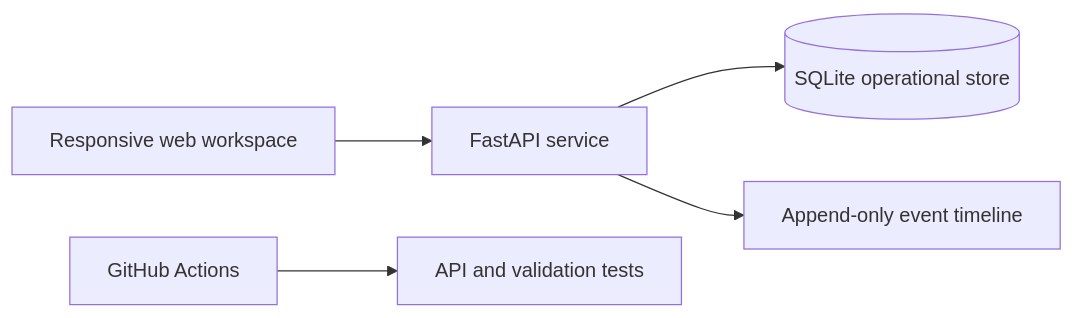
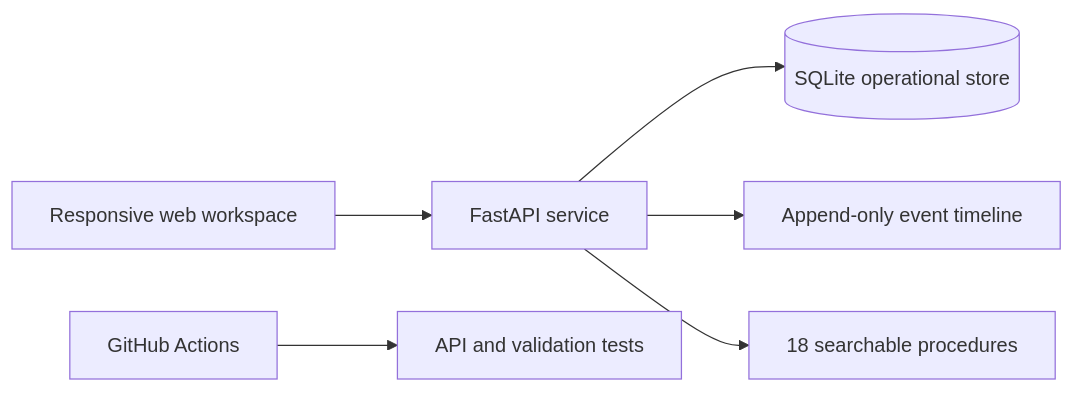
One commit to paulrevanthpersonal-lab/cloudatlas-supportos changed the diagram in docs/ARCHITECTURE.md. Above: the diagram before and after it, drawn with Mermaid. The commit also changed other lines of this file and 10 other files, not shown here.

````diff
--- a/docs/ARCHITECTURE.md
+++ b/docs/ARCHITECTURE.md
@@ -5,7 +5,8 @@
 ```mermaid
 flowchart LR
     UI[Responsive web workspace] --> API[FastAPI service]
     API --> DB[(SQLite operational store)]
     API --> EVENTS[Append-only event timeline]
+    API --> RUNBOOKS[18 searchable procedures]
     CI[GitHub Actions] --> TESTS[API and validation tests]
 ```
````
